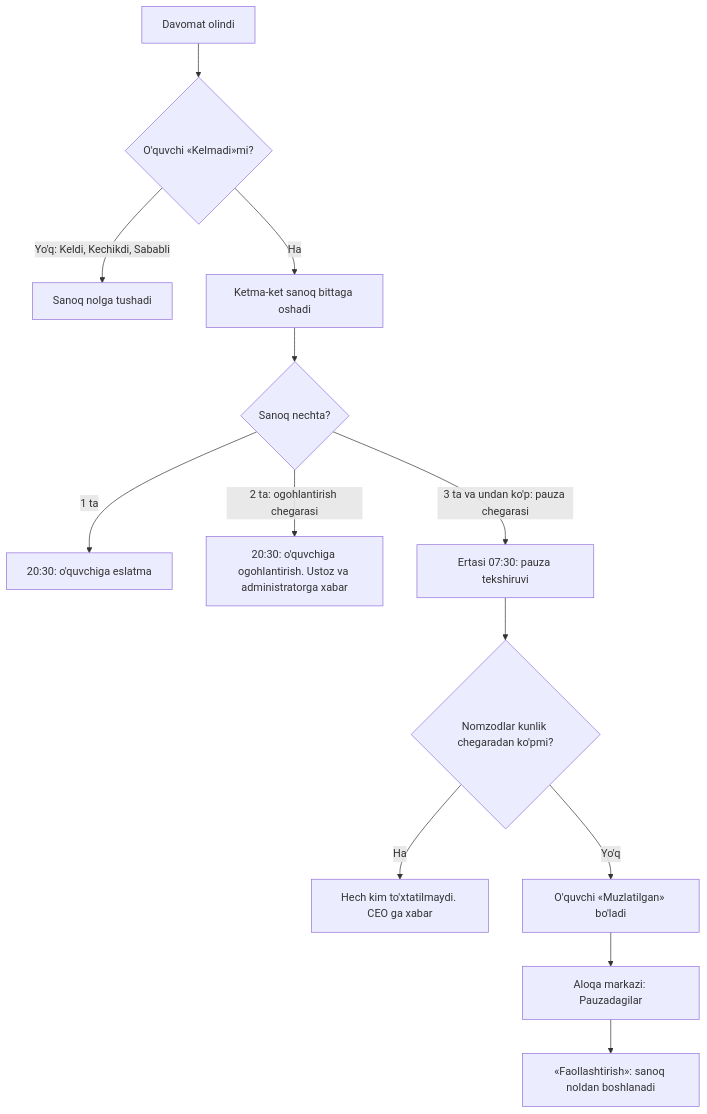
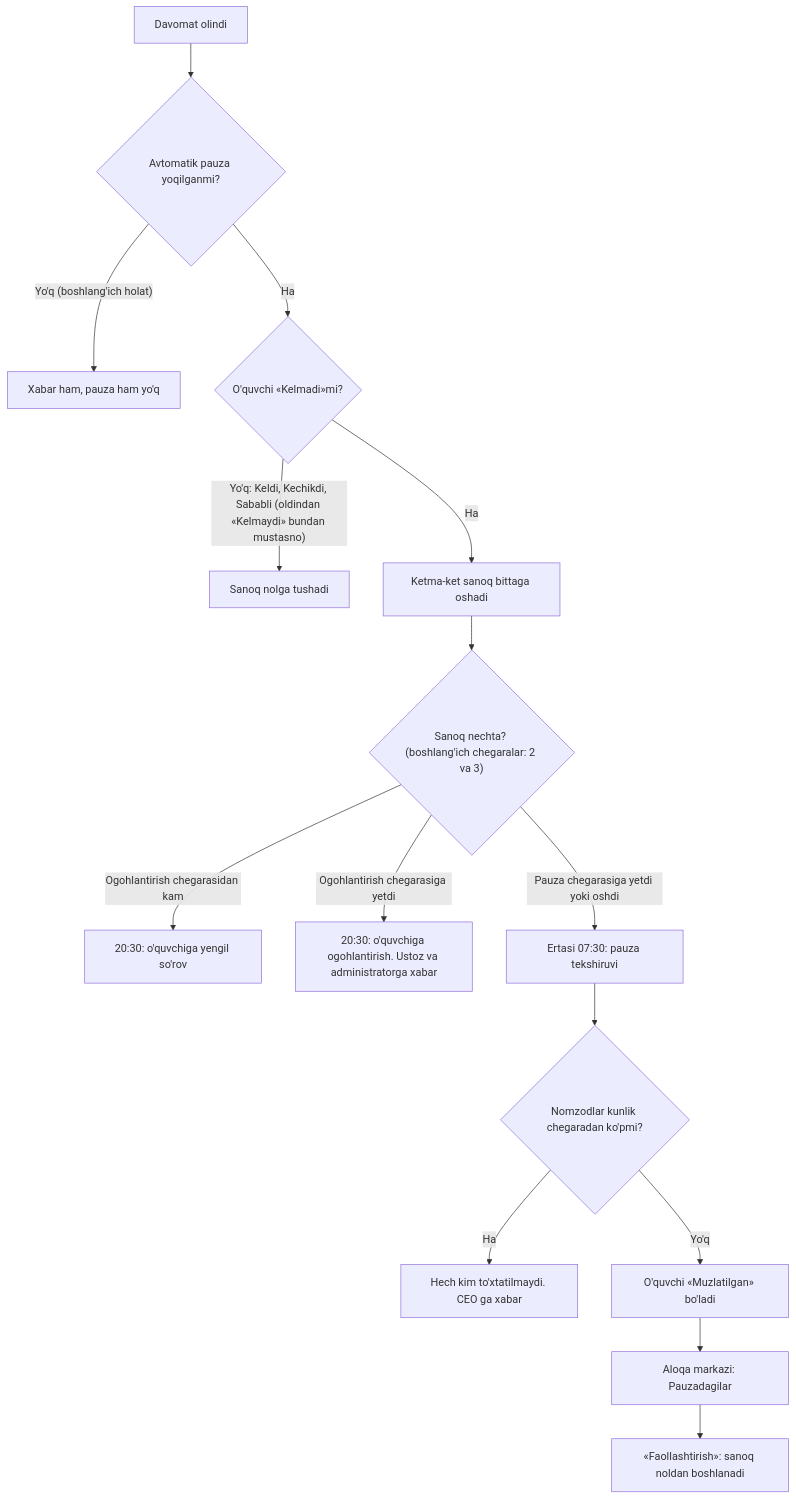
One commit to AkhrorSoliev/daf-erp-system changed the diagram in client/src/qollanma/kontent/davomat/avtomatik-pauza.mdx. Above: the diagram before and after it, drawn with Mermaid. The commit also changed other lines of this file and 3 other files, not shown here.

````diff
--- a/client/src/qollanma/kontent/davomat/avtomatik-pauza.mdx
+++ b/client/src/qollanma/kontent/davomat/avtomatik-pauza.mdx
@@ -5,15 +5,17 @@
 ```mermaid
 flowchart TD
-  A["Davomat olindi"] --> B{"O'quvchi «Kelmadi»mi?"}
-  B -- "Yo'q: Keldi, Kechikdi, Sababli" --> C["Sanoq nolga tushadi"]
+  A["Davomat olindi"] --> S{"Avtomatik pauza yoqilganmi?"}
+  S -- "Yo'q (boshlang'ich holat)" --> S0["Xabar ham, pauza ham yo'q"]
+  S -- "Ha" --> B{"O'quvchi «Kelmadi»mi?"}
+  B -- "Yo'q: Keldi, Kechikdi, Sababli (oldindan «Kelmaydi» bundan mustasno)" --> C["Sanoq nolga tushadi"]
   B -- "Ha" --> D["Ketma-ket sanoq bittaga oshadi"]
-  D --> E{"Sanoq nechta?"}
-  E -- "1 ta" --> F["20:30: o'quvchiga eslatma"]
-  E -- "2 ta: ogohlantirish chegarasi" --> G["20:30: o'quvchiga ogohlantirish. Ustoz va administratorga xabar"]
-  E -- "3 ta va undan ko'p: pauza chegarasi" --> H["Ertasi 07:30: pauza tekshiruvi"]
+  D --> E{"Sanoq nechta? (boshlang'ich chegaralar: 2 va 3)"}
+  E -- "Ogohlantirish chegarasidan kam" --> F["20:30: o'quvchiga yengil so'rov"]
+  E -- "Ogohlantirish chegarasiga yetdi" --> G["20:30: o'quvchiga ogohlantirish. Ustoz va administratorga xabar"]
+  E -- "Pauza chegarasiga yetdi yoki oshdi" --> H["Ertasi 07:30: pauza tekshiruvi"]
   H --> I{"Nomzodlar kunlik chegaradan ko'pmi?"}
   I -- "Ha" --> J["Hech kim to'xtatilmaydi. CEO ga xabar"]
   I -- "Yo'q" --> K["O'quvchi «Muzlatilgan» bo'ladi"]
   K --> L["Aloqa markazi: Pauzadagilar"]
   L --> M["«Faollashtirish»: sanoq noldan boshlanadi"]
 ```
````
